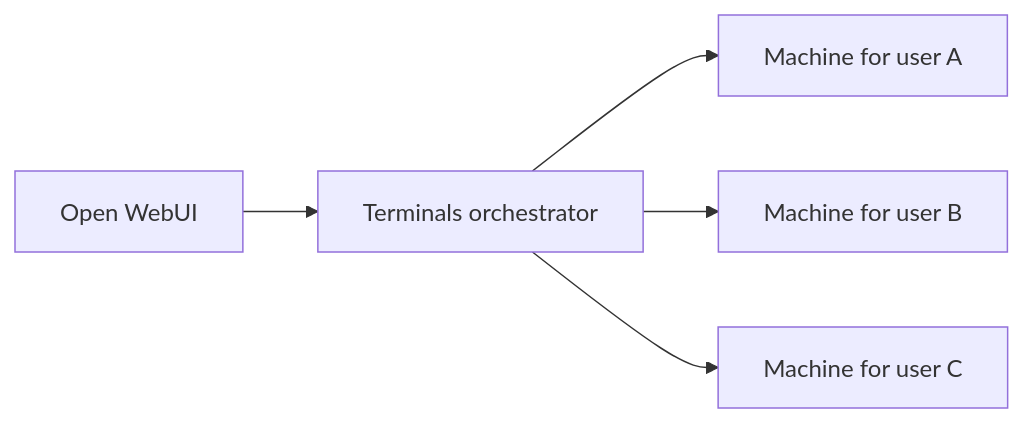
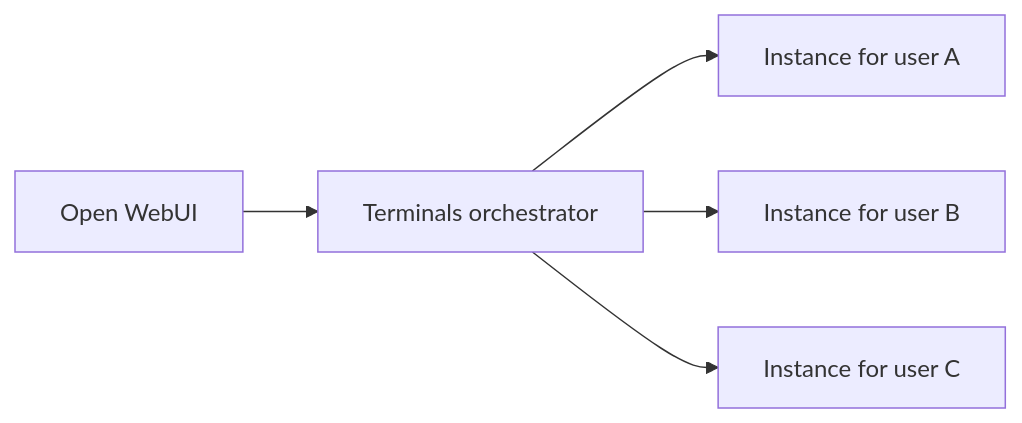
Before and after one commit to open-webui/docs: the diagram in docs/features/open-terminal/terminals/orchestration/index.md, drawn with Mermaid. The commit also changed other lines of this file and 31 other files, not shown here.

````diff
--- a/docs/features/open-terminal/terminals/orchestration/index.md
+++ b/docs/features/open-terminal/terminals/orchestration/index.md
@@ -12,7 +12,7 @@
 ```mermaid
 flowchart LR
     A["Open WebUI"] --> B["Terminals orchestrator"]
-    B --> C["Machine for user A"]
-    B --> D["Machine for user B"]
-    B --> E["Machine for user C"]
+    B --> C["Instance for user A"]
+    B --> D["Instance for user B"]
+    B --> E["Instance for user C"]
 ```
````
